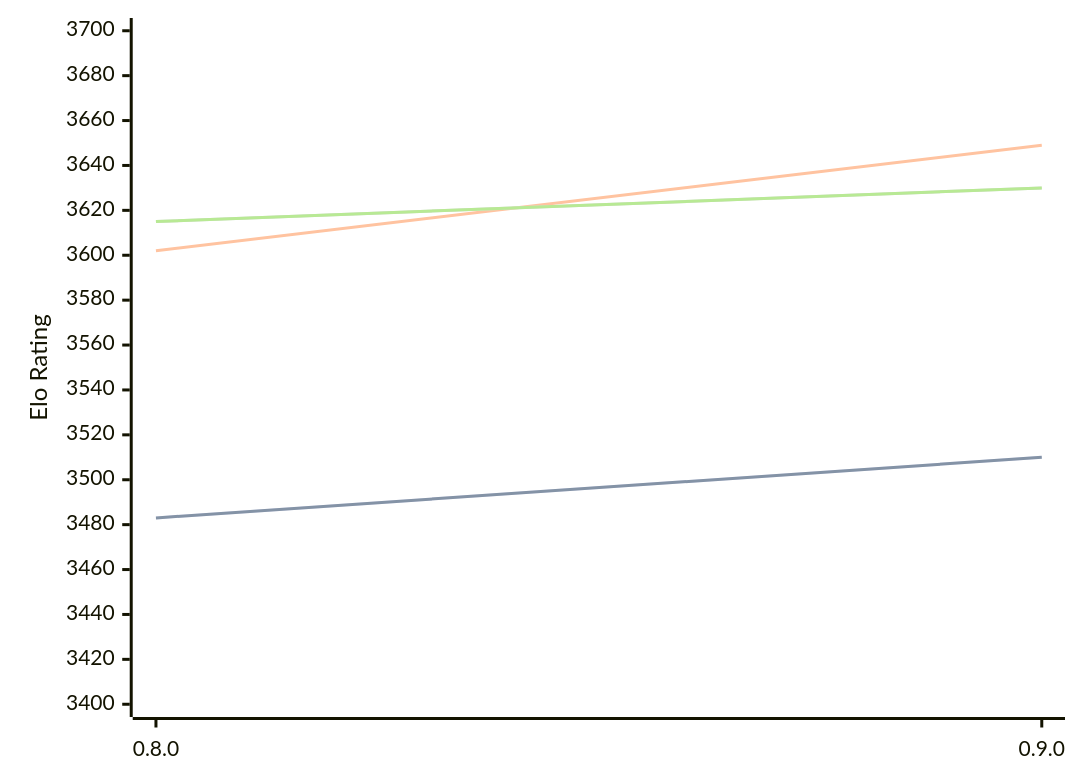
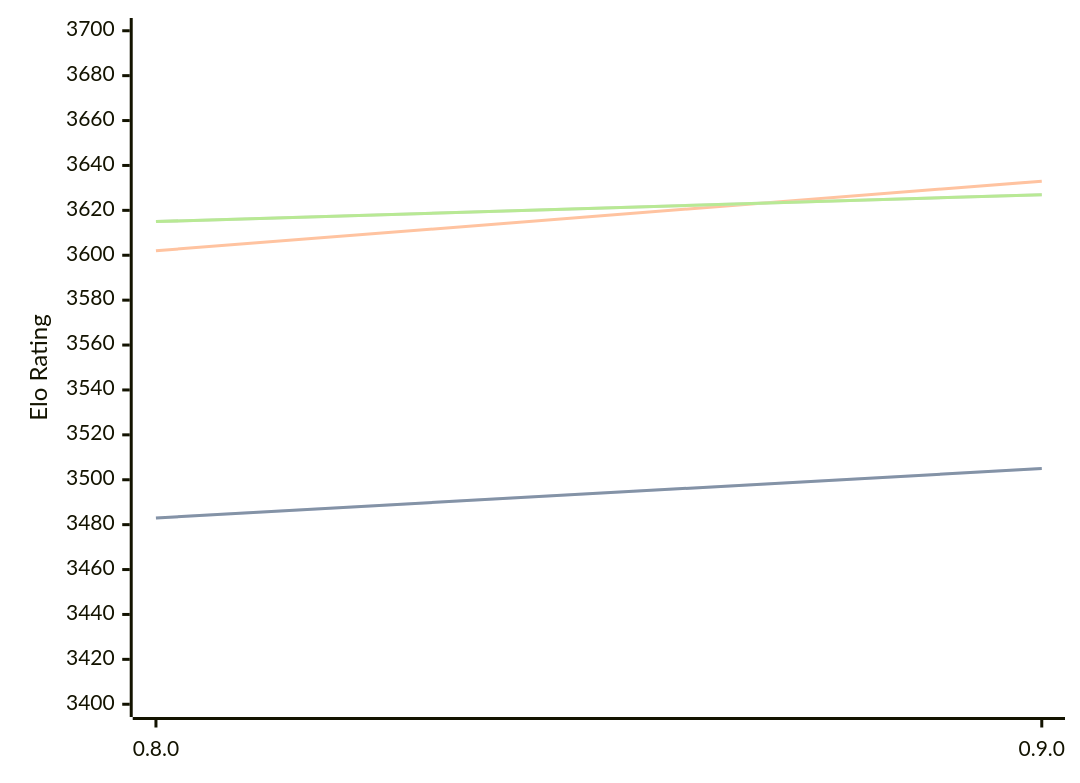
Before and after one commit to computer-chess-index/cci: the diagram in engines/Reckless.md, drawn with Mermaid. The commit also changed other lines of this file, not shown here.

Commit message:
Update CCI Ratings (ELO VLTC) - 2026-03-03

````diff
--- a/engines/Reckless.md
+++ b/engines/Reckless.md
@@ -37,11 +37,11 @@
 ```mermaid
 %%{init: {"theme":"base","themeVariables":{"seriesColors:['#a3a3a3','#222221','#faa371']}}}%%
 xychart-beta
   x-axis ["0.8.0", "0.9.0"]
   y-axis "Elo Rating" 3400 --> 3700
-  line "STC (8.0+0.08s)" [3483, 3510]
-  line "STC (8.0+0.08s)" [3483, 3510]
-  line "LTC (60.0+0.60s)" [3602, 3649]
-  line "VLTC (2m24s+1.12s)" [3615, 3630]
-  line "VLTC (2m24s+1.12s)" [3615, 3630]
+  line "STC (8.0+0.08s)" [3483, 3505]
+  line "STC (8.0+0.08s)" [3483, 3505]
+  line "LTC (60.0+0.60s)" [3602, 3633]
+  line "VLTC (2m24s+1.12s)" [3615, 3627]
+  line "VLTC (2m24s+1.12s)" [3615, 3627]
 ```
````
